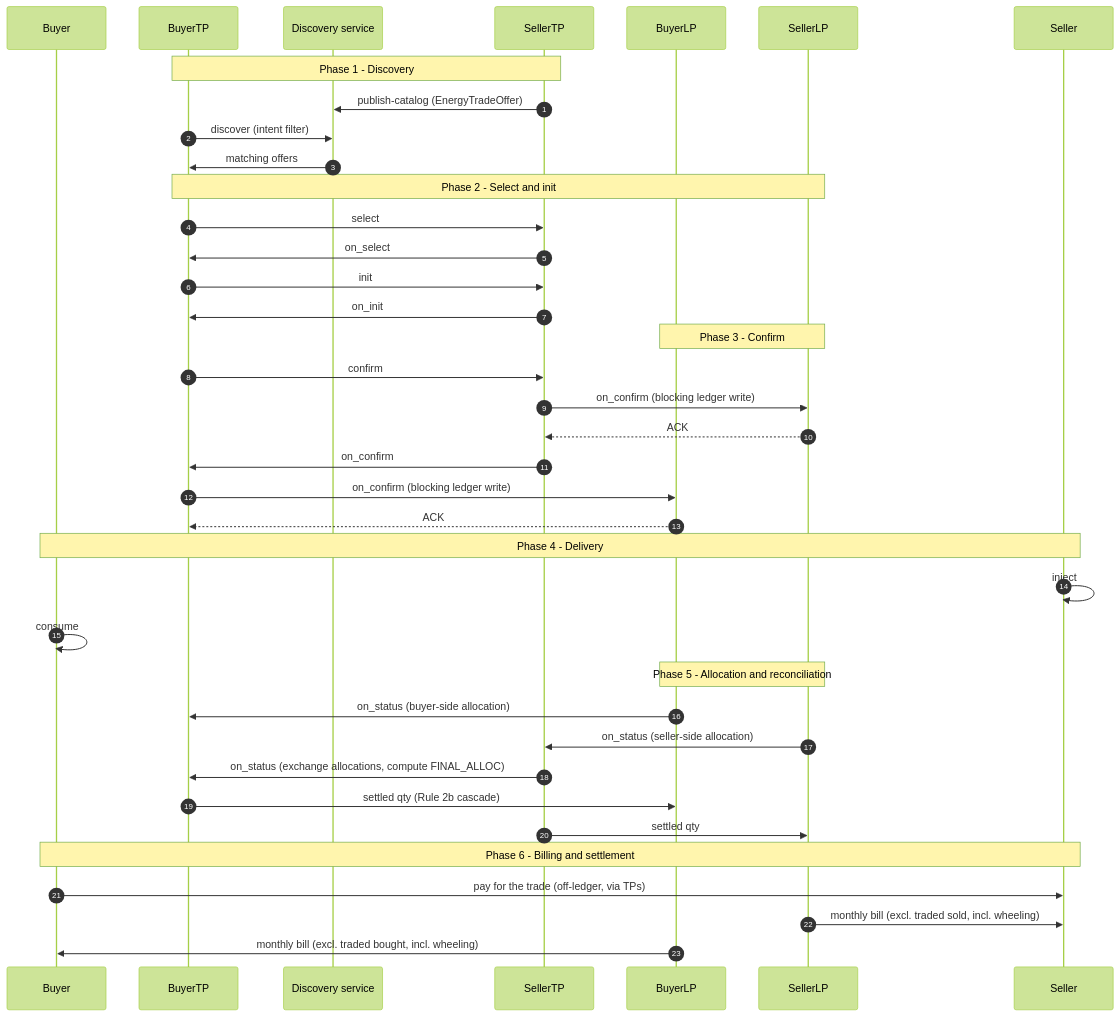
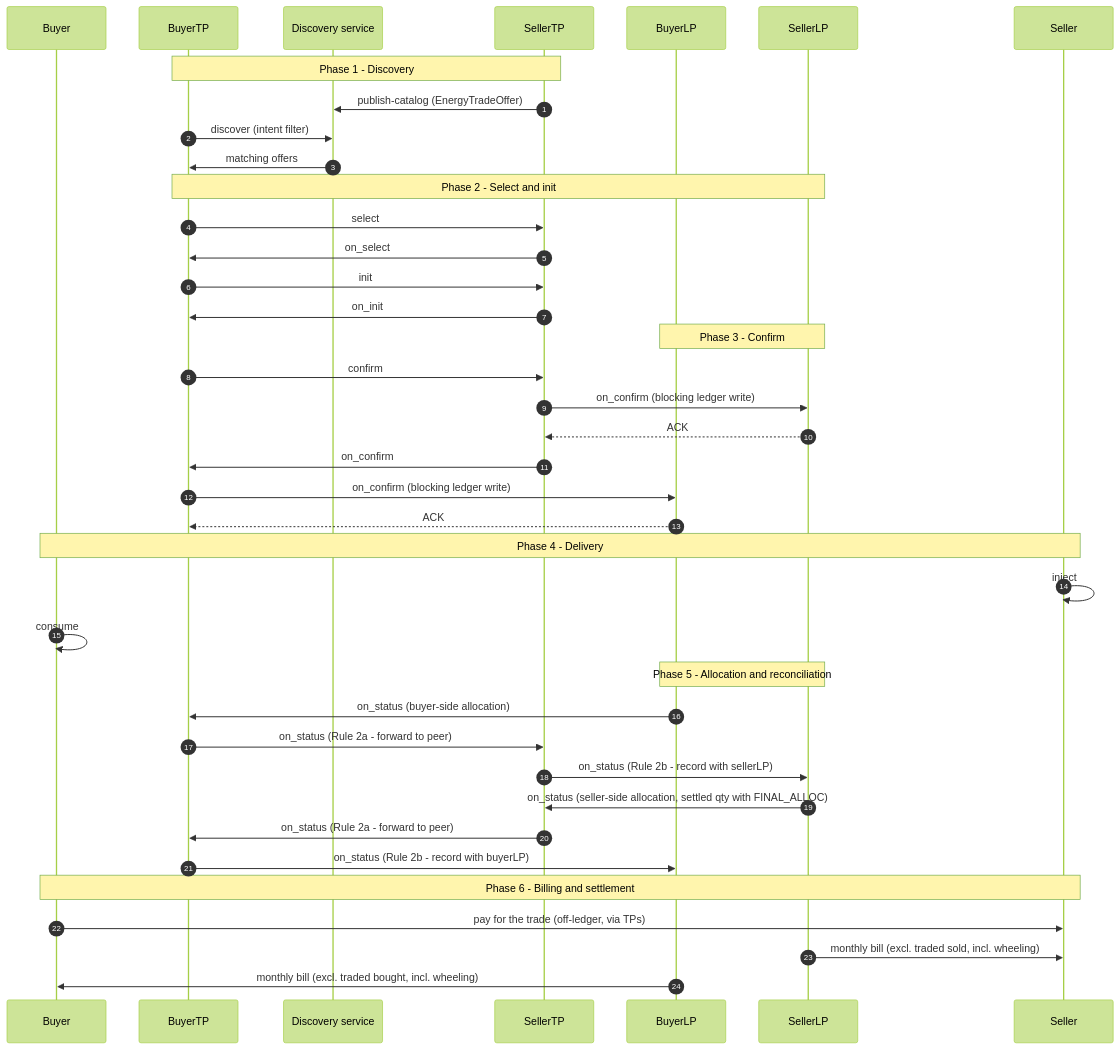
The second of 2 diagrams in use-cases/p2p-energy-trading/README.md (India-Energy-Stack/ies-accelerator), drawn with Mermaid (forest theme) before and after one commit. The commit also changed other lines of this file, not shown here.

Commit message:
docs(p2p): show both mirrored Phase-5 cascades in the sequence diagram
The on_status cascade is symmetric (degledgerrecorder handleOnStatusWave2
is role-parameterised; buyerdiscom-pushes-allocation and
buyerdiscom-pushes-settled-on-status arazzo workflows exercise the
buyer-to-seller direction): buyer-side updates run BuyerLP - BuyerTP -
SellerTP - SellerLP and seller-side updates run the mirror chain. Draw
both chains with their Rule 2a/2b legs and say so in the six-phase list
and the cascade section.

````diff
--- a/use-cases/p2p-energy-trading/README.md
+++ b/use-cases/p2p-energy-trading/README.md
@@ -128,46 +128,47 @@
 ```mermaid
 sequenceDiagram
   autonumber
   participant B as Buyer
   participant BTP as BuyerTP
   participant DS as Discovery service
   participant STP as SellerTP
   participant BDL as BuyerLP
   participant SDL as SellerLP
   participant S as Seller
 
   Note over BTP,STP: Phase 1 - Discovery
   STP->>DS: publish-catalog (EnergyTradeOffer)
   BTP->>DS: discover (intent filter)
   DS->>BTP: matching offers
 
   Note over BTP,SDL: Phase 2 - Select and init
   BTP->>STP: select
   STP->>BTP: on_select
   BTP->>STP: init
   STP->>BTP: on_init
 
   Note over BDL,SDL: Phase 3 - Confirm
   BTP->>STP: confirm
   STP->>SDL: on_confirm (blocking ledger write)
   SDL-->>STP: ACK
   STP->>BTP: on_confirm
   BTP->>BDL: on_confirm (blocking ledger write)
   BDL-->>BTP: ACK
 
   Note over B,S: Phase 4 - Delivery
   S->>S: inject
   B->>B: consume
 
   Note over BDL,SDL: Phase 5 - Allocation and reconciliation
   BDL->>BTP: on_status (buyer-side allocation)
-  SDL->>STP: on_status (seller-side allocation)
-  STP->>BTP: on_status (exchange allocations, compute FINAL_ALLOC)
-  BTP->>BDL: settled qty (Rule 2b cascade)
-  STP->>SDL: settled qty
+  BTP->>STP: on_status (Rule 2a - forward to peer)
+  STP->>SDL: on_status (Rule 2b - record with sellerLP)
+  SDL->>STP: on_status (seller-side allocation, settled qty with FINAL_ALLOC)
+  STP->>BTP: on_status (Rule 2a - forward to peer)
+  BTP->>BDL: on_status (Rule 2b - record with buyerLP)
 
   Note over B,S: Phase 6 - Billing and settlement
   B->>S: pay for the trade (off-ledger, via TPs)
   SDL->>S: monthly bill (excl. traded sold, incl. wheeling)
   BDL->>B: monthly bill (excl. traded bought, incl. wheeling)
 ```
````
